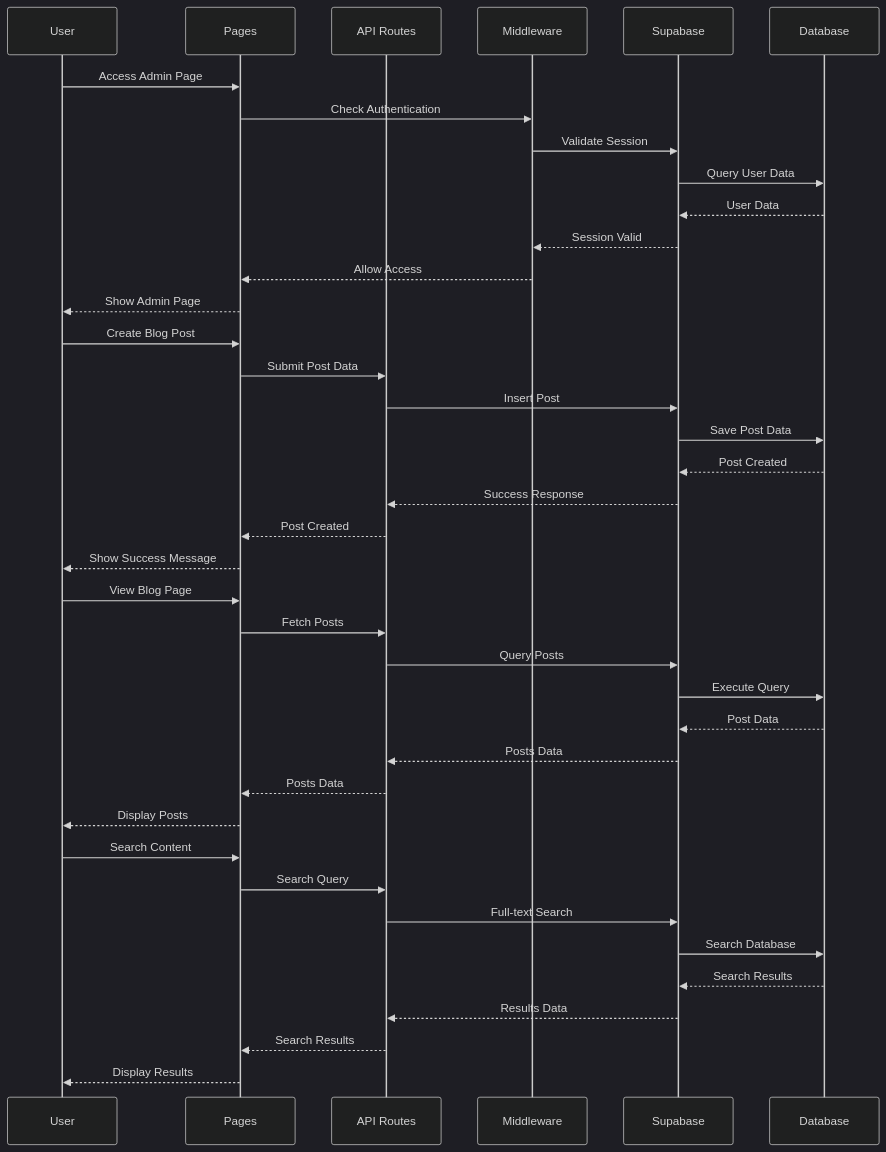
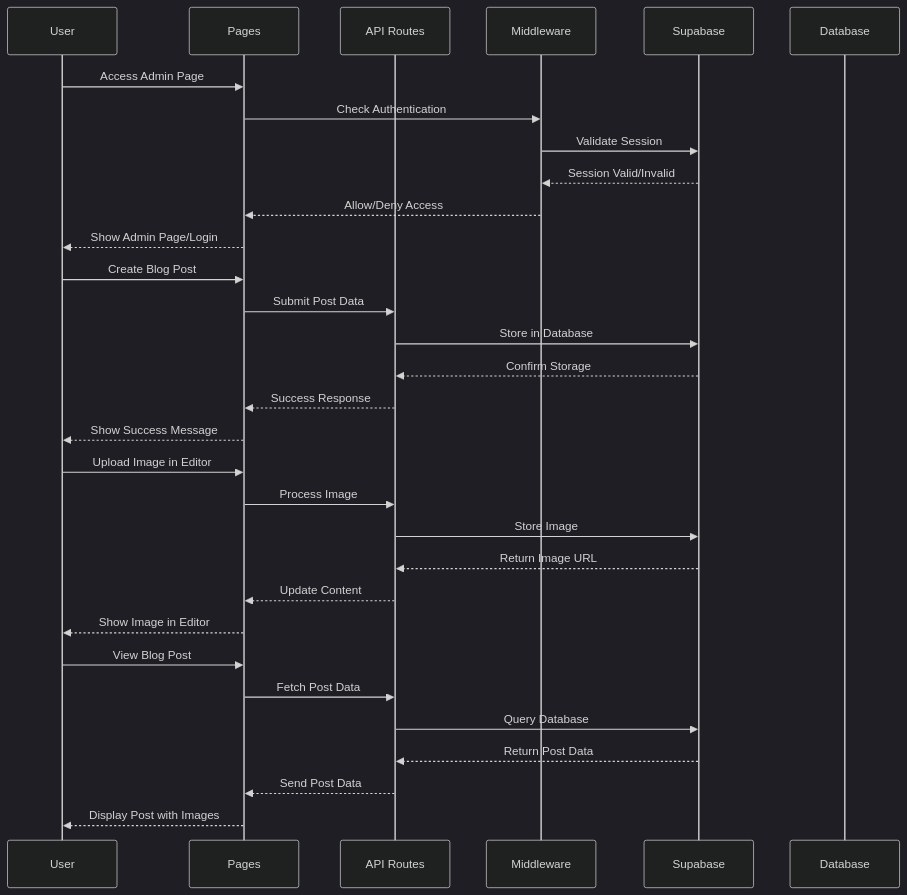
The fifth of 5 diagrams in docs/diagrams/system-architecture.md (matt-dinh13/matt-dinh-blog), drawn with Mermaid (dark theme) before and after one commit. The commit also changed other lines of this file and 3 other files, not shown here.

First line of the commit message:
Update documentation with image upload and display improvements

````diff
--- a/docs/diagrams/system-architecture.md
+++ b/docs/diagrams/system-architecture.md
@@ -188,49 +265,41 @@
 ```mermaid
 sequenceDiagram
     participant U as User
     participant P as Pages
     participant A as API Routes
     participant M as Middleware
     participant S as Supabase
     participant D as Database
 
     %% Authentication Flow
     U->>P: Access Admin Page
     P->>M: Check Authentication
     M->>S: Validate Session
-    S->>D: Query User Data
-    D-->>S: User Data
-    S-->>M: Session Valid
-    M-->>P: Allow Access
-    P-->>U: Show Admin Page
+    S-->>M: Session Valid/Invalid
+    M-->>P: Allow/Deny Access
+    P-->>U: Show Admin Page/Login
 
     %% Content Creation Flow
     U->>P: Create Blog Post
     P->>A: Submit Post Data
-    A->>S: Insert Post
-    S->>D: Save Post Data
-    D-->>S: Post Created
-    S-->>A: Success Response
-    A-->>P: Post Created
+    A->>S: Store in Database
+    S-->>A: Confirm Storage
+    A-->>P: Success Response
     P-->>U: Show Success Message
 
+    %% Image Upload Flow
+    U->>P: Upload Image in Editor
+    P->>A: Process Image
+    A->>S: Store Image
+    S-->>A: Return Image URL
+    A-->>P: Update Content
+    P-->>U: Show Image in Editor
+
     %% Content Display Flow
-    U->>P: View Blog Page
-    P->>A: Fetch Posts
-    A->>S: Query Posts
-    S->>D: Execute Query
-    D-->>S: Post Data
-    S-->>A: Posts Data
-    A-->>P: Posts Data
-    P-->>U: Display Posts
-
-    %% Search Flow
-    U->>P: Search Content
-    P->>A: Search Query
-    A->>S: Full-text Search
-    S->>D: Search Database
-    D-->>S: Search Results
-    S-->>A: Results Data
-    A-->>P: Search Results
-    P-->>U: Display Results
+    U->>P: View Blog Post
+    P->>A: Fetch Post Data
+    A->>S: Query Database
+    S-->>A: Return Post Data
+    A-->>P: Send Post Data
+    P-->>U: Display Post with Images
 ```
````
